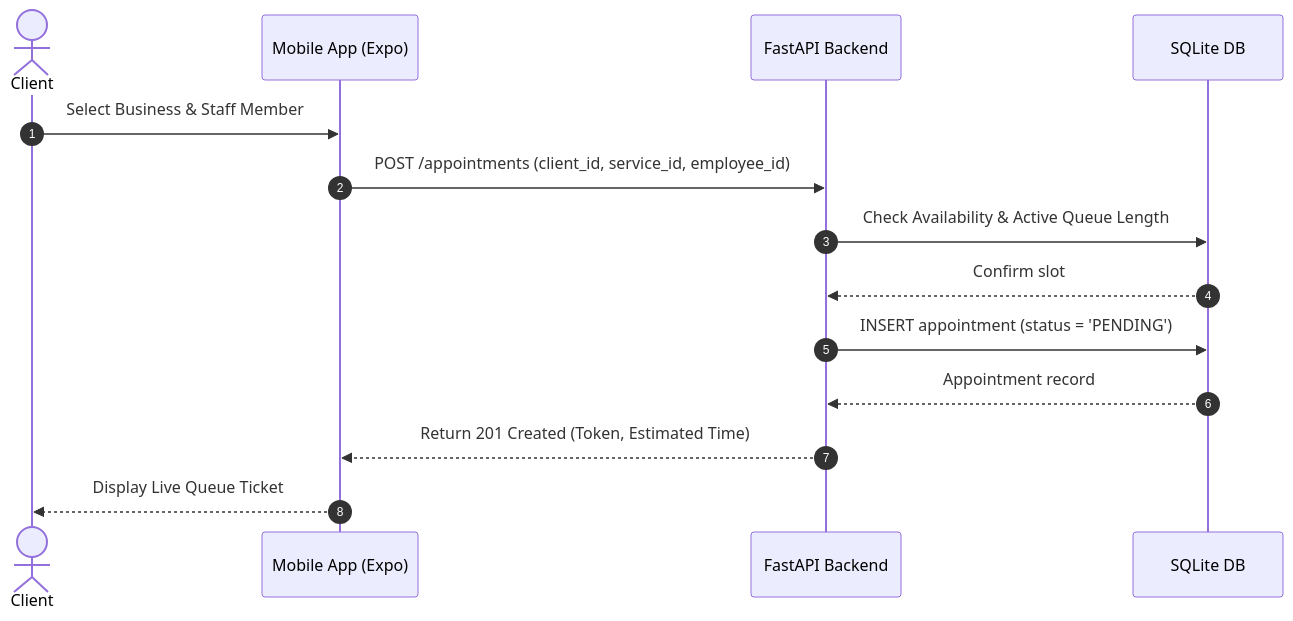
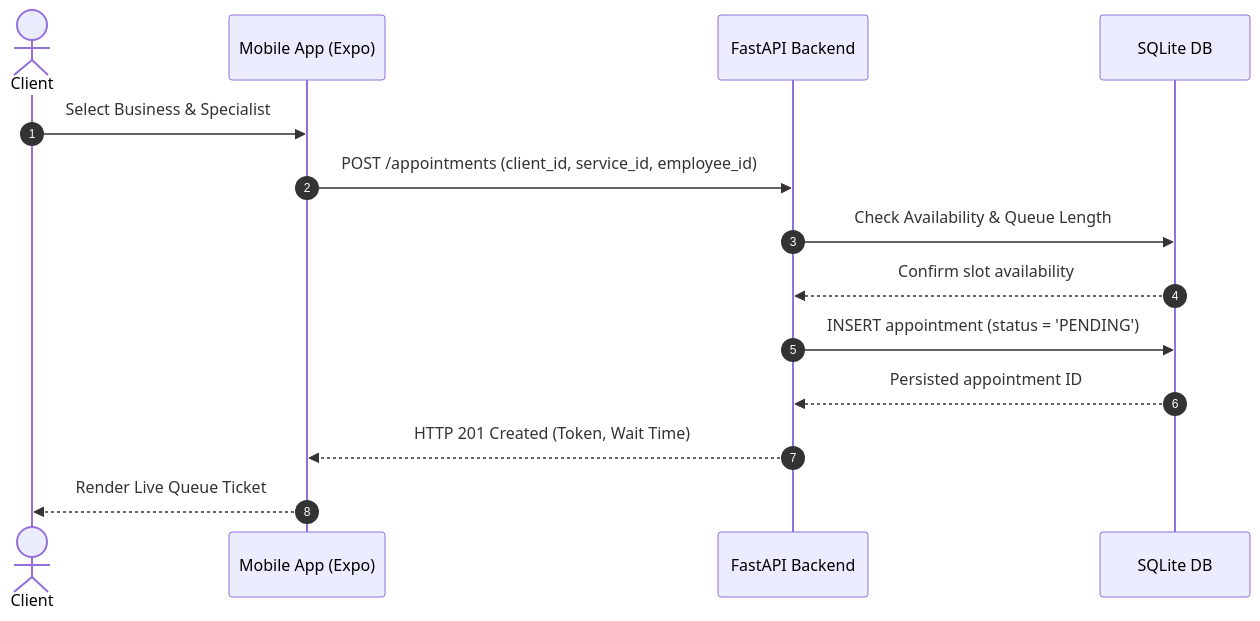
Before and after one commit to josecarvajal1058/Muvior: the second of 2 diagrams in README.md, drawn with Mermaid. The commit also changed other lines of this file and 5 other files, not shown here.

````diff
--- a/README.md
+++ b/README.md
@@ -27,17 +37,17 @@
 ```mermaid
 sequenceDiagram
     autonumber
     actor C as Client
     participant App as Mobile App (Expo)
     participant API as FastAPI Backend
     participant DB as SQLite DB
 
-    C->>App: Select Business & Staff Member
+    C->>App: Select Business & Specialist
     App->>API: POST /appointments (client_id, service_id, employee_id)
-    API->>DB: Check Availability & Active Queue Length
-    DB-->>API: Confirm slot
+    API->>DB: Check Availability & Queue Length
+    DB-->>API: Confirm slot availability
     API->>DB: INSERT appointment (status = 'PENDING')
-    DB-->>API: Appointment record
-    API-->>App: Return 201 Created (Token, Estimated Time)
-    App-->>C: Display Live Queue Ticket
+    DB-->>API: Persisted appointment ID
+    API-->>App: HTTP 201 Created (Token, Wait Time)
+    App-->>C: Render Live Queue Ticket
 ```
````
